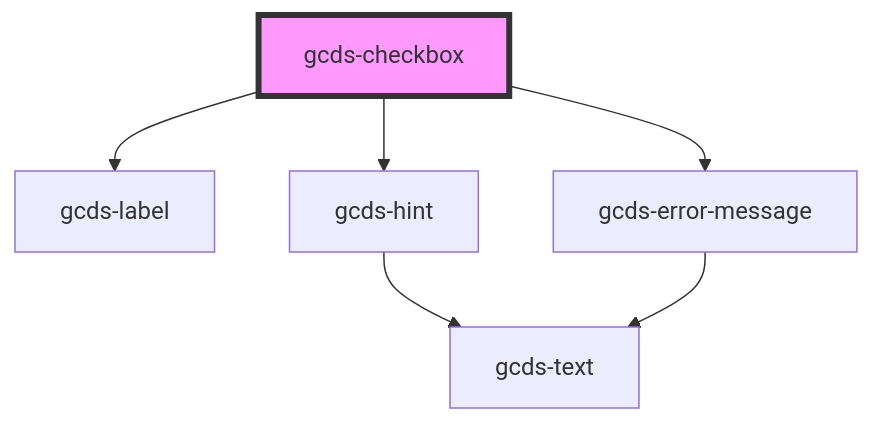
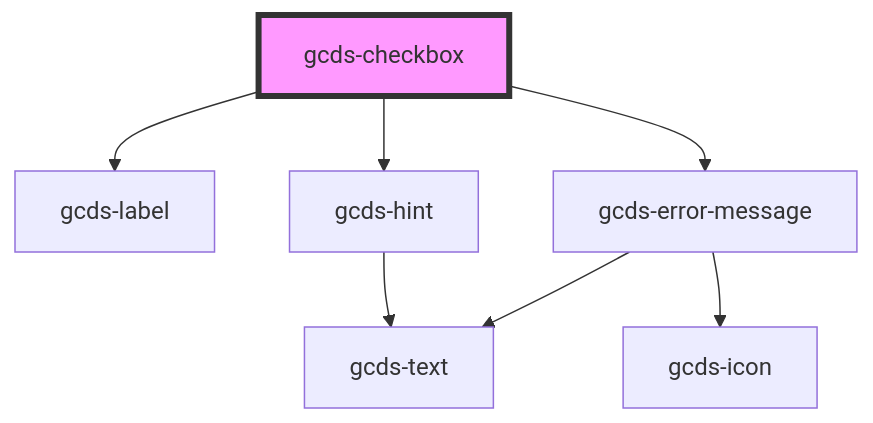
Before and after one commit to cds-snc/gcds-components: the diagram in packages/web/src/components/gcds-checkbox/readme.md, drawn with Mermaid. The commit also changed 10 other files, not shown here.

Commit message:
refactor: update error message design

````diff
--- a/packages/web/src/components/gcds-checkbox/readme.md
+++ b/packages/web/src/components/gcds-checkbox/readme.md
@@ -59,9 +59,10 @@
 ```mermaid
 graph TD;
   gcds-checkbox --> gcds-label
   gcds-checkbox --> gcds-hint
   gcds-checkbox --> gcds-error-message
   gcds-hint --> gcds-text
   gcds-error-message --> gcds-text
+  gcds-error-message --> gcds-icon
   style gcds-checkbox fill:#f9f,stroke:#333,stroke-width:4px
 ```
````
